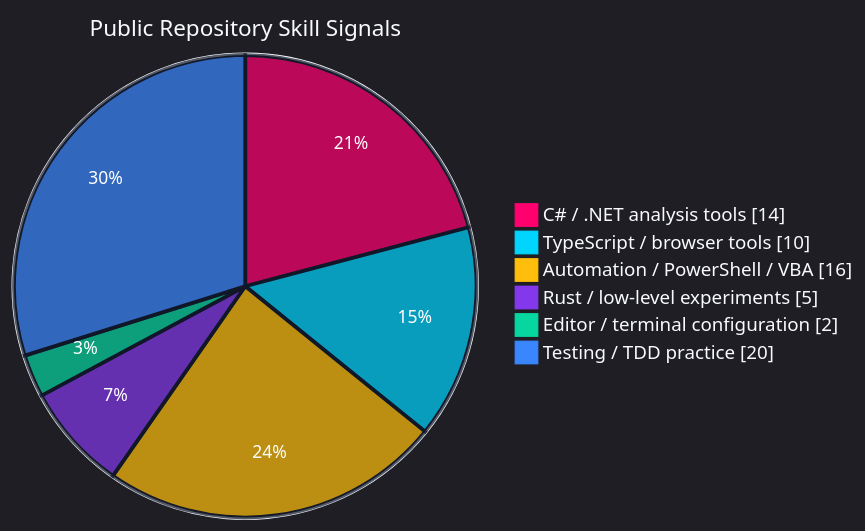
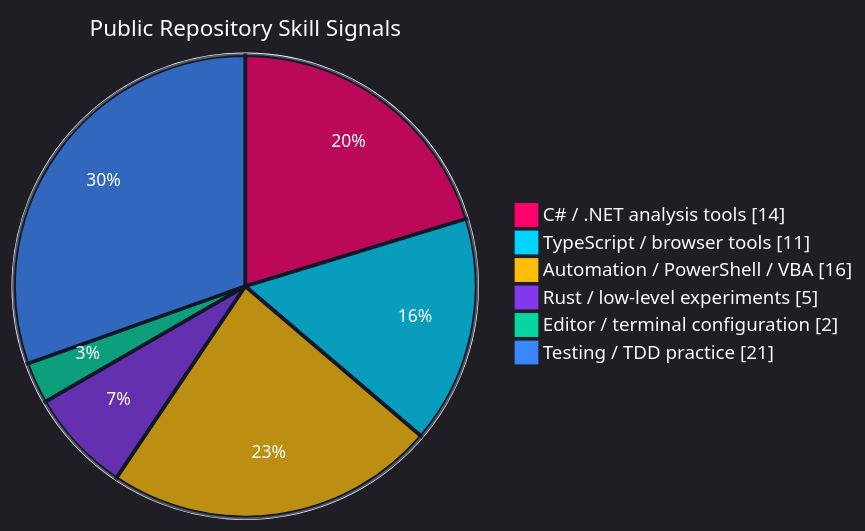
The first of 4 diagrams in README.md (SSsan-00/SSsan-00), drawn with Mermaid before and after one commit. The commit also changed other lines of this file and 2 other files, not shown here.

Commit message:
chore: update profile visuals

````diff
--- a/README.md
+++ b/README.md
@@ -44,11 +44,11 @@
 ```mermaid
 %%{init: {"theme":"dark","themeVariables":{"background":"#0f172a","mainBkg":"#0f172a","textColor":"#f8fafc","primaryTextColor":"#f8fafc","pieStrokeColor":"#0f172a","pieStrokeWidth":"3px","pieOuterStrokeColor":"#f8fafc","pieOuterStrokeWidth":"2px","pieTitleTextColor":"#f8fafc","pieTitleTextSize":"18px","pieLegendTextColor":"#f8fafc","pieLegendTextSize":"15px","pieSectionTextColor":"#ffffff","pieSectionTextSize":"14px","pie1":"#ff006e","pie2":"#00d4ff","pie3":"#ffbe0b","pie4":"#8338ec","pie5":"#06d6a0","pie6":"#3a86ff"}}}%%
 pie showData
   title Public Repository Skill Signals
   "C# / .NET analysis tools" : 14
-  "TypeScript / browser tools" : 10
+  "TypeScript / browser tools" : 11
   "Automation / PowerShell / VBA" : 16
   "Rust / low-level experiments" : 5
   "Editor / terminal configuration" : 2
-  "Testing / TDD practice" : 20
+  "Testing / TDD practice" : 21
 ```
````
